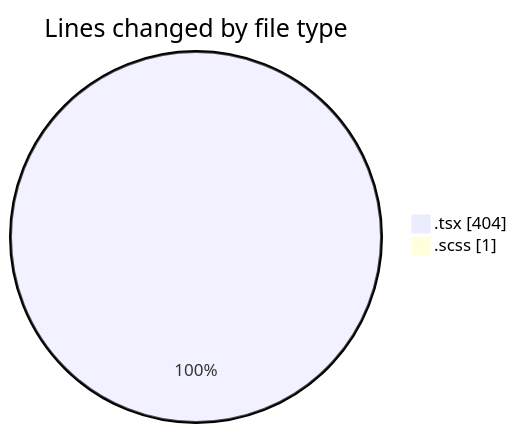
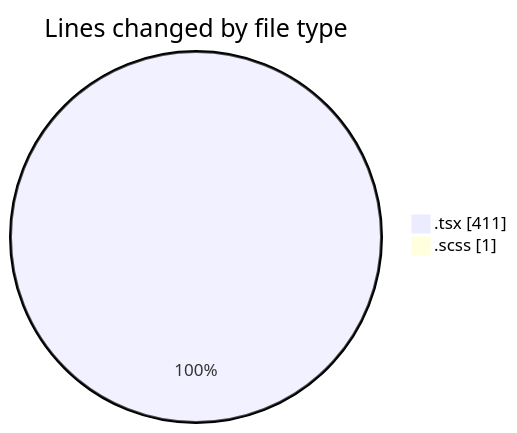
The first of 2 diagrams in 2025-03-19/cda/README.md (momahboobian/code-tracking), drawn with Mermaid before and after one commit. The commit also changed other lines of this file and 1 other file, not shown here.

````diff
--- a/2025-03-19/cda/README.md
+++ b/2025-03-19/cda/README.md
@@ -23,6 +23,6 @@
 ```mermaid
 pie showData
 title Lines changed by file type
-".tsx" : 404
+".tsx" : 411
 ".scss" : 1
 ```
````
